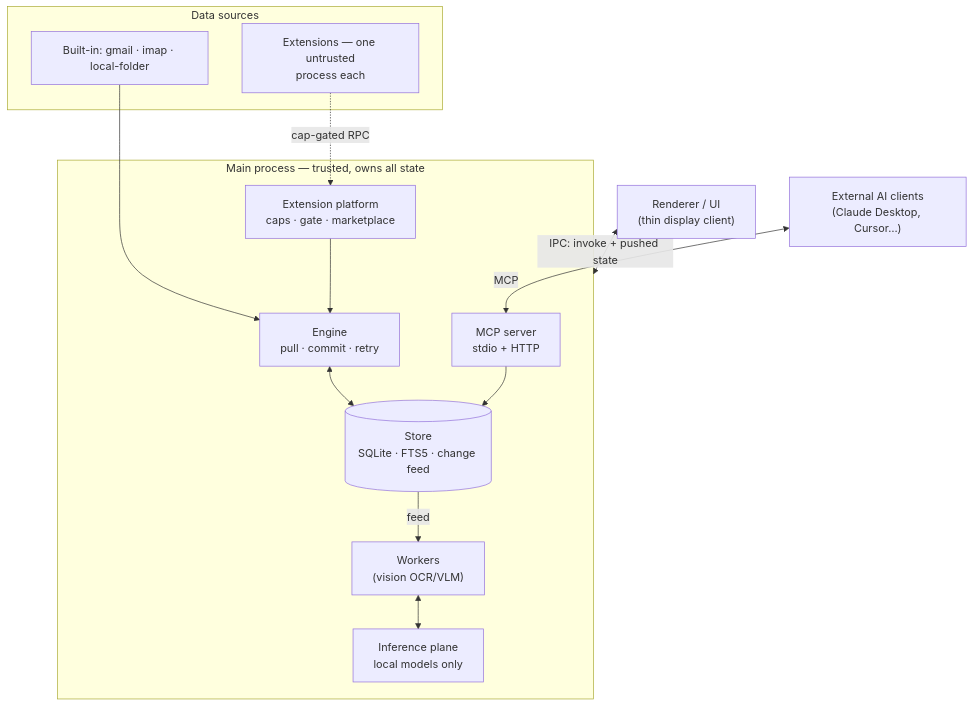
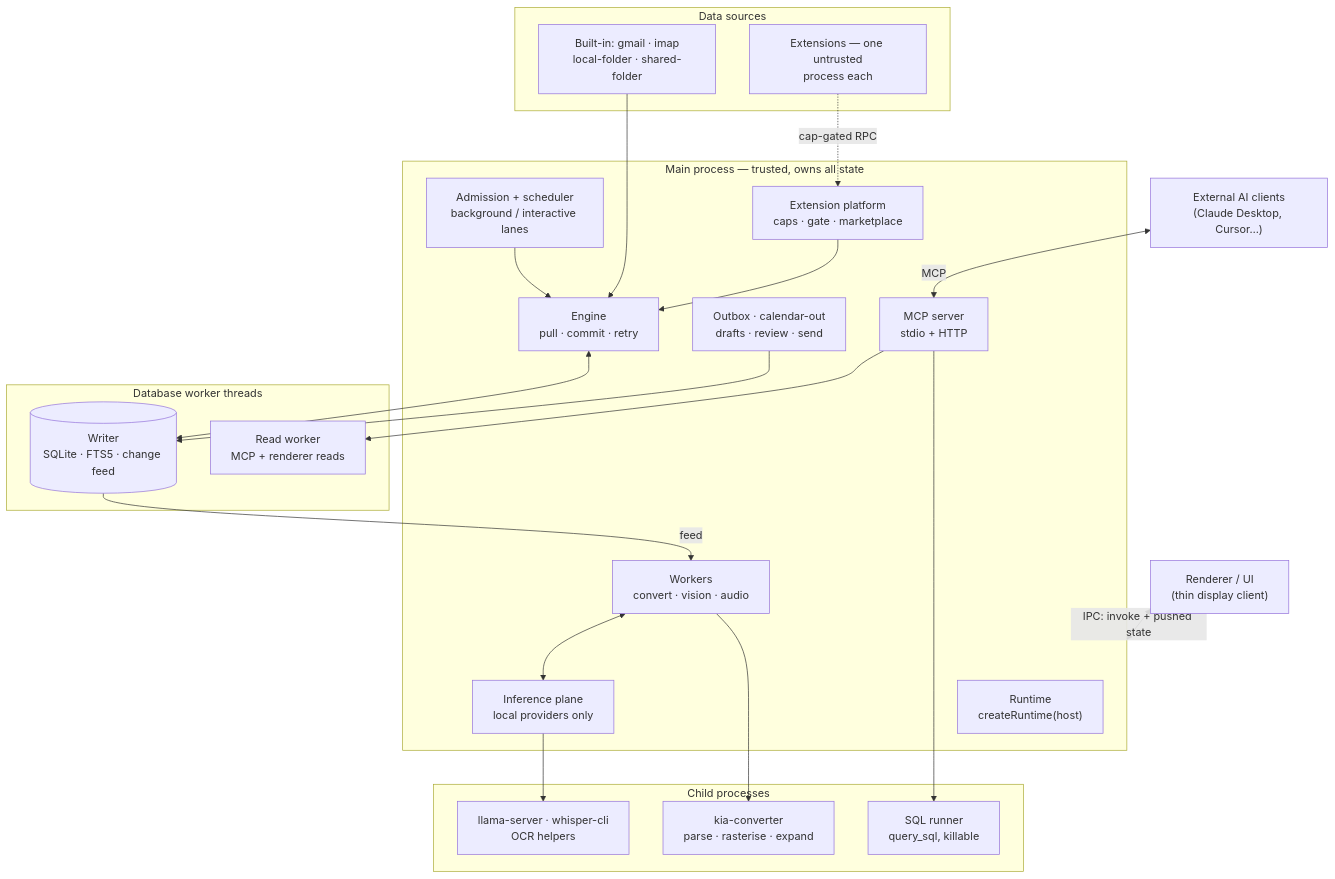
The diagram in docs/architecture/README.md (edjafarov/kiagent-core), drawn with Mermaid before and after one commit. The commit also changed other lines of this file and 8 other files, not shown here.

Commit message:
docs: architecture and extension guides match v0.138 — runtime and composition, DB writer/read workers and schema v25, converter child and container expansion, admission and lent work, multi-device, Outbox and the MCP review gate, 17 MCP tools, platform API 2.21 / SDK 1.14

````diff
--- a/docs/architecture/README.md
+++ b/docs/architecture/README.md
@@ -10,27 +11,45 @@
 ```mermaid
 flowchart TB
     UI["Renderer / UI<br/>(thin display client)"]
     AI["External AI clients<br/>(Claude Desktop, Cursor…)"]
 
     subgraph MAIN["Main process — trusted, owns all state"]
+        RT["Runtime<br/>createRuntime(host)"]
         ENG["Engine<br/>pull · commit · retry"]
-        STORE[("Store<br/>SQLite · FTS5 · change feed")]
-        WRK["Workers<br/>(vision OCR/VLM)"]
-        INF["Inference plane<br/>local models only"]
+        ADM["Admission + scheduler<br/>background / interactive lanes"]
+        WRK["Workers<br/>convert · vision · audio"]
+        INF["Inference plane<br/>local providers only"]
+        OUT["Outbox · calendar-out<br/>drafts · review · send"]
         MCP["MCP server<br/>stdio + HTTP"]
         PLAT["Extension platform<br/>caps · gate · marketplace"]
     end
 
+    subgraph DB["Database worker threads"]
+        W[("Writer<br/>SQLite · FTS5 · change feed")]
+        R["Read worker<br/>MCP + renderer reads"]
+    end
+
+    subgraph CH["Child processes"]
+        CONV["kia-converter<br/>parse · rasterise · expand"]
+        SQLR["SQL runner<br/>query_sql, killable"]
+        LLM["llama-server · whisper-cli<br/>OCR helpers"]
+    end
+
     subgraph SRC["Data sources"]
-        BUILTIN["Built-in: gmail · imap · local-folder"]
+        BUILTIN["Built-in: gmail · imap<br/>local-folder · shared-folder"]
         EXTP["Extensions — one untrusted<br/>process each"]
     end
 
     UI <-->|IPC: invoke + pushed state| MAIN
     AI <-->|MCP| MCP
     BUILTIN --> ENG
     EXTP -.cap-gated RPC.-> PLAT --> ENG
-    ENG <--> STORE
-    STORE -->|feed| WRK <--> INF
-    MCP --> STORE
+    ENG <--> W
+    ADM --> ENG
+    W -->|feed| WRK <--> INF
+    WRK --> CONV
+    INF --> LLM
+    MCP --> R
+    MCP --> SQLR
+    OUT --> W
 ```
````
